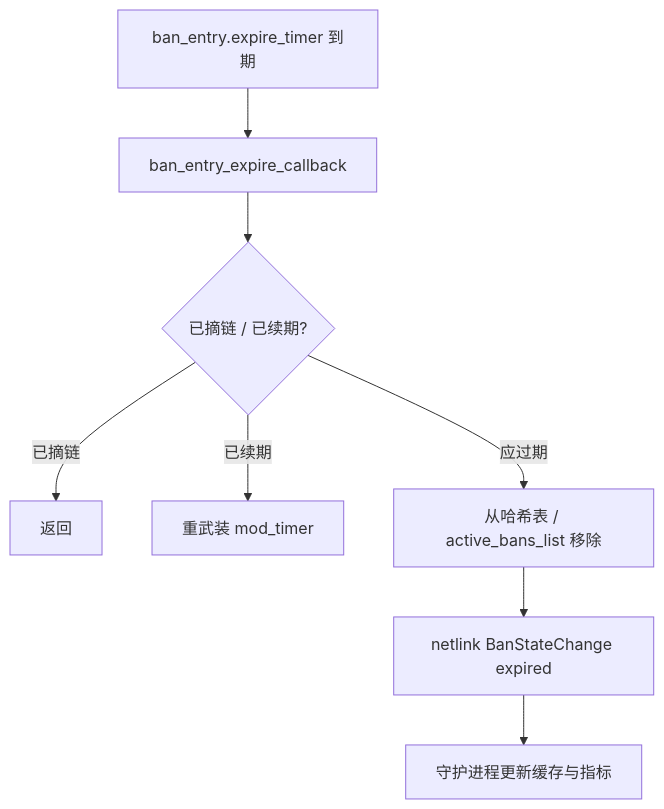
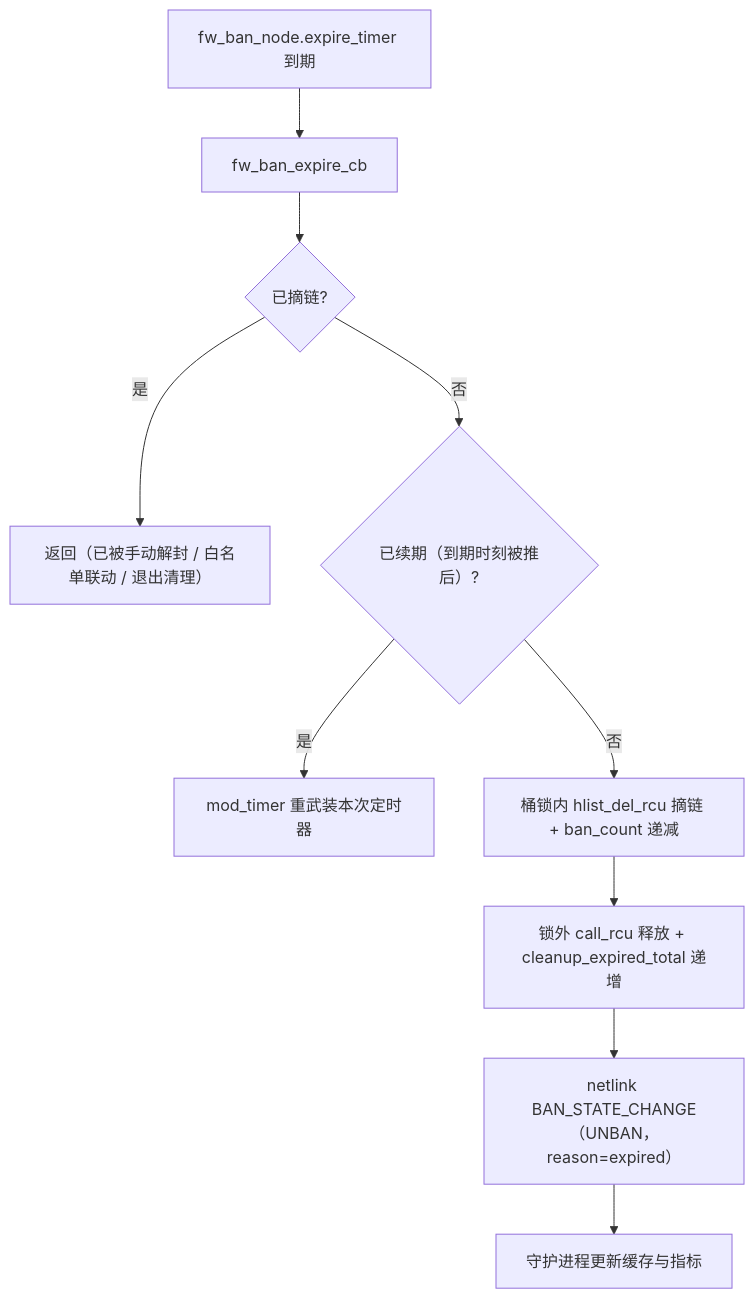
The fourth of 6 diagrams in docs/zh/architecture/data-flow.md (SnowCore8/linux-firewall-kmod), drawn with Mermaid before and after one commit. The commit also changed other lines of this file and 1 other file, not shown here.

````diff
--- a/docs/zh/architecture/data-flow.md
+++ b/docs/zh/architecture/data-flow.md
@@ -58,10 +165,12 @@
 ```mermaid
 graph TB
-    A["ban_entry.expire_timer 到期"] --> B["ban_entry_expire_callback"]
-    B --> C{"已摘链 / 已续期?"}
-    C -->|已摘链| D["返回"]
-    C -->|已续期| E["重武装 mod_timer"]
-    C -->|应过期| F["从哈希表 / active_bans_list 移除"]
-    F --> G["netlink BanStateChange expired"]
-    G --> H["守护进程更新缓存与指标"]
+    A["fw_ban_node.expire_timer 到期"] --> B["fw_ban_expire_cb"]
+    B --> C{"已摘链?"}
+    C -->|是| D["返回（已被手动解封 / 白名单联动 / 退出清理）"]
+    C -->|否| E{"已续期（到期时刻被推后）?"}
+    E -->|是| F["mod_timer 重武装本次定时器"]
+    E -->|否| G["桶锁内 hlist_del_rcu 摘链 + ban_count 递减"]
+    G --> H["锁外 call_rcu 释放 + cleanup_expired_total 递增"]
+    H --> I["netlink BAN_STATE_CHANGE（UNBAN，reason=expired）"]
+    I --> J["守护进程更新缓存与指标"]
 ```
````
